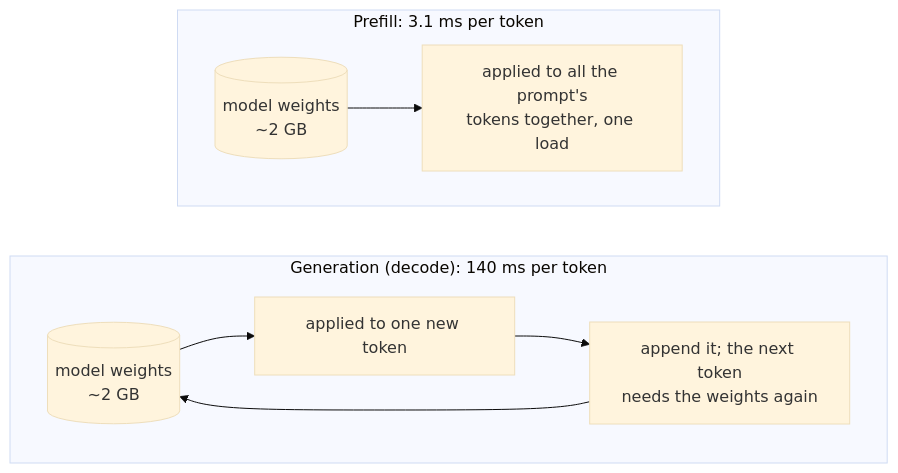
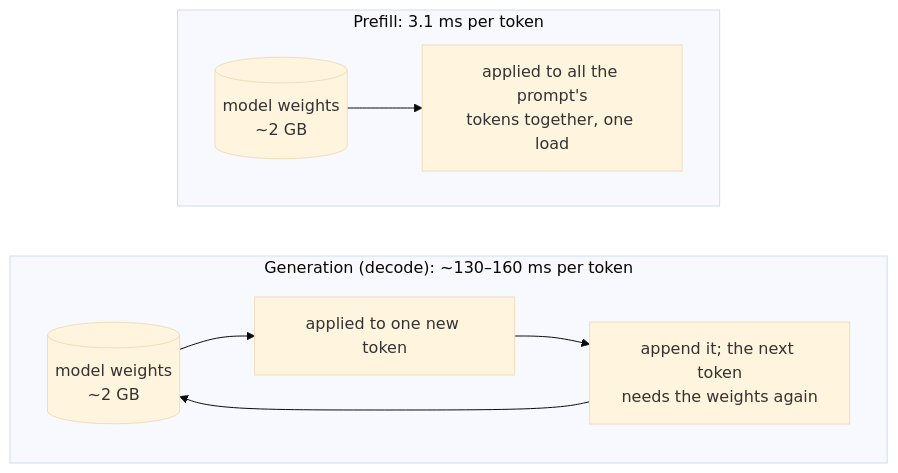
Before and after one commit to Obi-Wan-Clemobi/minijev: diagram 16 of 18 in docs/WALKTHROUGH.md, drawn with Mermaid (base theme). The commit also changed other lines of this file and 3 other files, not shown here.

````diff
--- a/docs/WALKTHROUGH.md
+++ b/docs/WALKTHROUGH.md
@@ -528,13 +552,13 @@
 ```mermaid
 flowchart TB
     subgraph prefill["Prefill: 3.1 ms per token"]
         direction LR
         w1[("model weights<br/>~2 GB")] --> x1["applied to all the prompt's<br/>tokens together, one load"]
     end
-    subgraph decode["Generation (decode): 140 ms per token"]
+    subgraph decode["Generation (decode): ~130–160 ms per token"]
         direction LR
         w2[("model weights<br/>~2 GB")] --> x2["applied to one new token"] --> x3["append it; the next token<br/>needs the weights again"]
         x3 --> w2
     end
     prefill ~~~ decode
 ```
````
